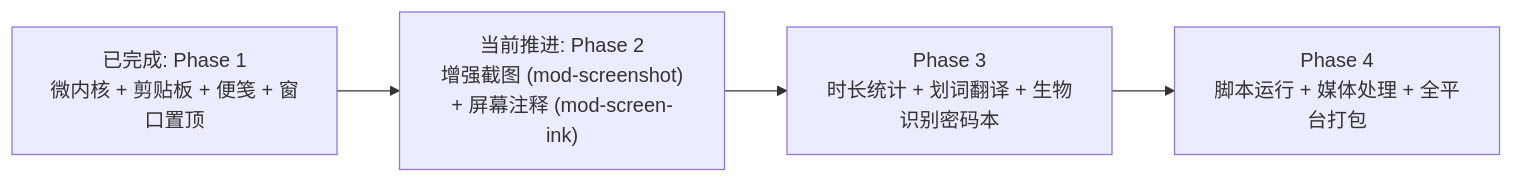
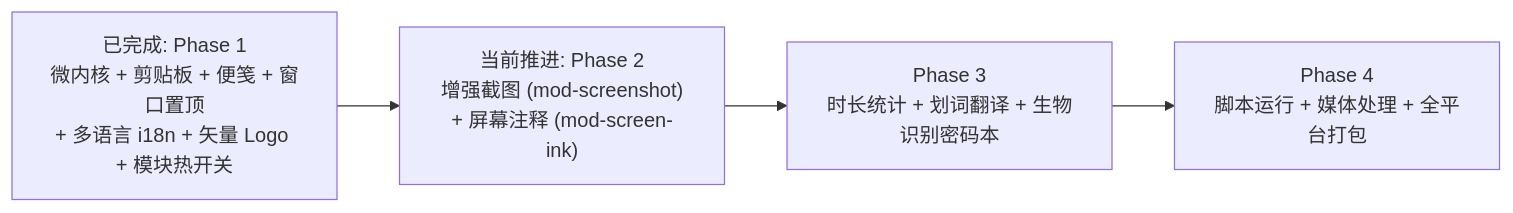
Before and after one commit to dongyan3721/YourAllIn1Helper: the third of 3 diagrams in DEVELOPMENT_CHECKLIST.md, drawn with Mermaid. The commit also changed other lines of this file and 34 other files, not shown here.

````diff
--- a/DEVELOPMENT_CHECKLIST.md
+++ b/DEVELOPMENT_CHECKLIST.md
@@ -105,6 +114,6 @@
 ```mermaid
 flowchart LR
-    P1["已完成: Phase 1<br>微内核 + 剪贴板 + 便笺 + 窗口置顶"] --> P2["当前推进: Phase 2<br>增强截图 (mod-screenshot)<br>+ 屏幕注释 (mod-screen-ink)"]
+    P1["已完成: Phase 1<br>微内核 + 剪贴板 + 便笺 + 窗口置顶<br>+ 多语言 i18n + 矢量 Logo + 模块热开关"] --> P2["当前推进: Phase 2<br>增强截图 (mod-screenshot)<br>+ 屏幕注释 (mod-screen-ink)"]
     P2 --> P3["Phase 3<br>时长统计 + 划词翻译 + 生物识别密码本"]
     P3 --> P4["Phase 4<br>脚本运行 + 媒体处理 + 全平台打包"]
 ```
````
